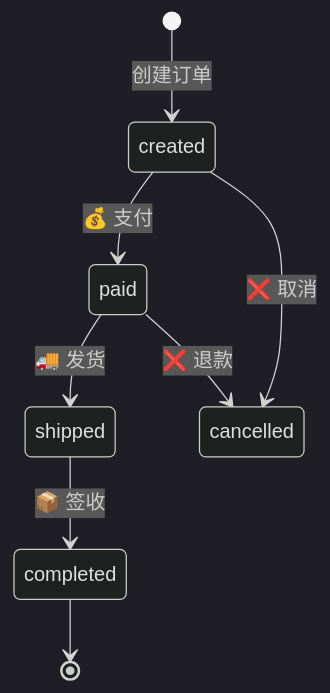
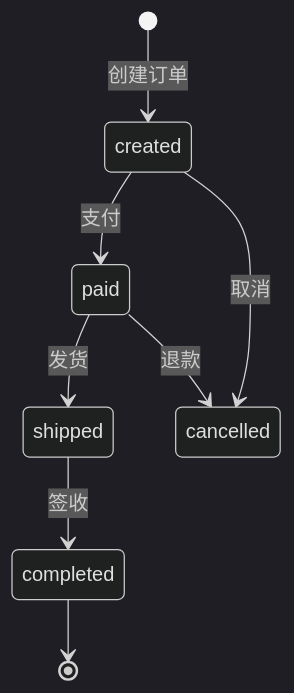
Before and after one commit to YearsAlso/zoo-framework-doc: the fourth of 6 diagrams in docs/zh/core/event.md, drawn with Mermaid (dark theme). The commit also changed other lines of this file and 24 other files, not shown here.

First line of the commit message:
docs(site): 站点正式化与内容严肃化，附 bench 报告截图

````diff
--- a/docs/zh/core/event.md
+++ b/docs/zh/core/event.md
@@ -346,11 +346,11 @@
 ```mermaid
 stateDiagram-v2
     [*] --> created: 创建订单
-    created --> paid: 💰 支付
-    paid --> shipped: 🚚 发货
-    shipped --> completed: 📦 签收
+    created --> paid:  支付
+    paid --> shipped:  发货
+    shipped --> completed:  签收
     completed --> [*]
     
-    created --> cancelled: ❌ 取消
-    paid --> cancelled: ❌ 退款
+    created --> cancelled:  取消
+    paid --> cancelled:  退款
 ```
````
